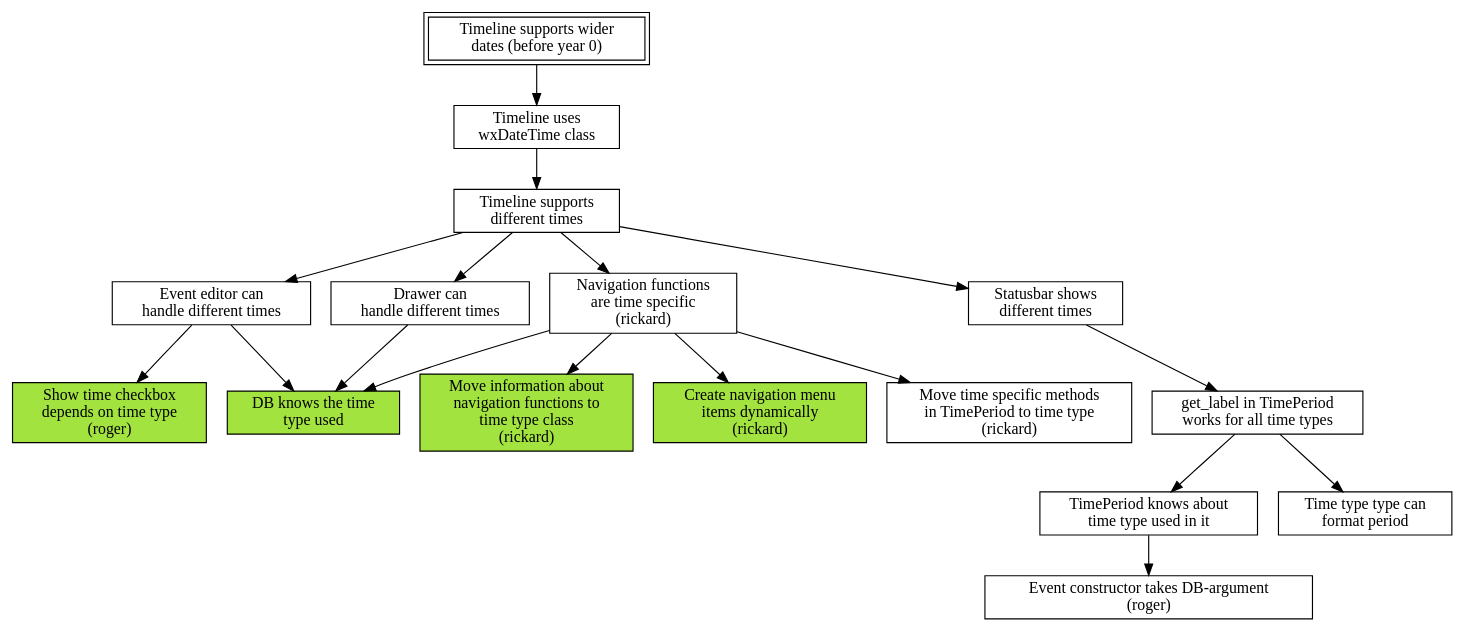
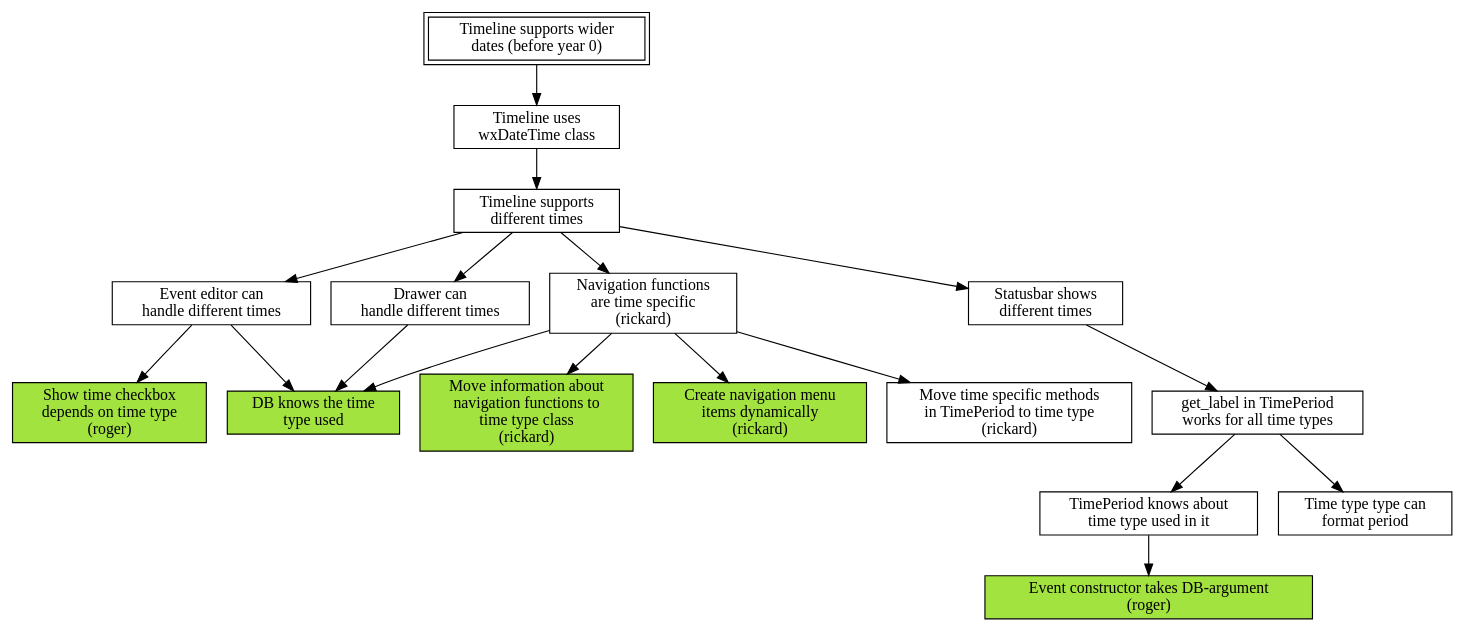
One commit to shutaozhenzhen/thetimelineproj changed the diagram in mikado.dot. Above: the diagram before and after it, drawn with Graphviz. The commit also changed 13 other files, not shown here.

Commit message:
Event constructor takes DB-argument

```diff
--- a/mikado.dot
+++ b/mikado.dot
@@ -1,60 +1,61 @@
 digraph mikado
 {
     node [shape=box];
 
     wider_dates [label="Timeline supports wider\ndates (before year 0)"];
     wider_dates [peripheries=2];
         wider_dates -> switch_to_wx_time;
 
     switch_to_wx_time [label="Timeline uses\nwxDateTime class"];
         switch_to_wx_time -> different_time;
 
     different_time [label="Timeline supports\ndifferent times "];
         different_time -> event_editor;
         different_time -> drawer;
         different_time -> navigation;
         different_time -> status_bar;
 
     event_editor [label="Event editor can\nhandle different times"];
         event_editor -> show_time;
         event_editor -> db_has_type_info;
 
     drawer [label="Drawer can\nhandle different times"];
         drawer -> db_has_type_info;
 
     navigation [label="Navigation functions\nare time specific\n(rickard)"];
         navigation -> db_has_type_info;
         navigation -> move_nav_to_time_type;
         navigation -> create_menu_items_dynamically;
         navigation -> time_period;
 
     status_bar [label="Statusbar shows\ndifferent times"];
         status_bar -> get_label;
         get_label -> time_period_knows_type;
 
     get_label [label="get_label in TimePeriod\nworks for all time types"];
         get_label -> type_format;
 
     time_period_knows_type [label="TimePeriod knows about\ntime type used in it"];
 	time_period_knows_type -> event_constructor;
 
     // Leaves
 
     show_time [label="Show time checkbox\ndepends on time type\n(roger)"];
     show_time [style=filled,fillcolor="#A2E33F"];
 
     db_has_type_info [label="DB knows the time\ntype used"];
     db_has_type_info [style=filled,fillcolor="#A2E33F"];
 
     move_nav_to_time_type [label="Move information about\nnavigation functions to\ntime type class\n(rickard)"];
     move_nav_to_time_type [style=filled,fillcolor="#A2E33F"];
 
     create_menu_items_dynamically [label="Create navigation menu\nitems dynamically\n(rickard)"];
     create_menu_items_dynamically [style=filled,fillcolor="#A2E33F"];
 
     time_period [label="Move time specific methods\nin TimePeriod to time type\n(rickard)"];
 
     type_format [label="Time type type can\nformat period"];
     
-    event_constructor[label="Event constructor takes DB-argument\n(roger)"];
+    event_constructor [label="Event constructor takes DB-argument\n(roger)"];
+    event_constructor [style=filled,fillcolor="#A2E33F"];
 }
```
